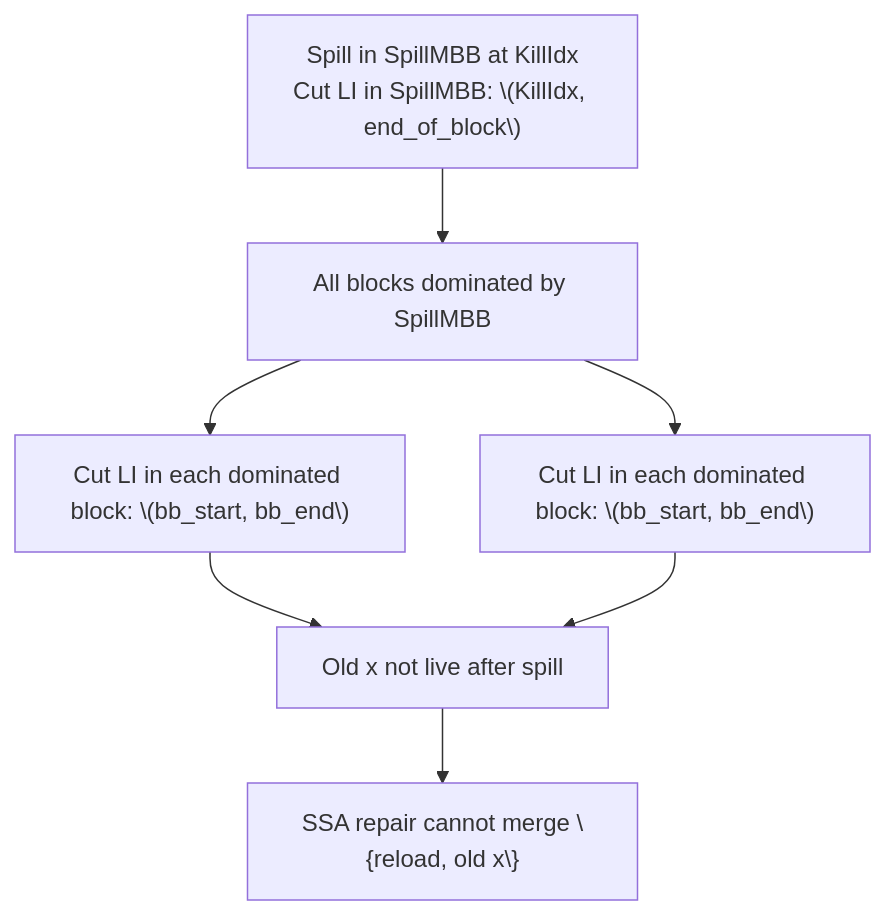
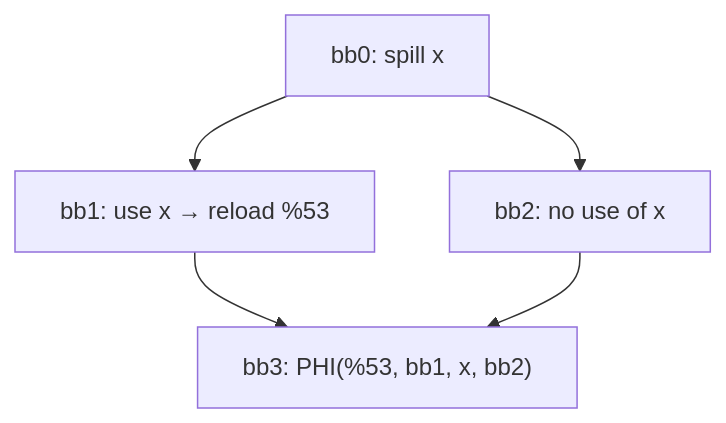
The fifth of 5 diagrams in SSA_Spiller/04-Design/Decisions.md (alex-t/ssa-spiller-docs), drawn with Mermaid before and after one commit. The commit also changed other lines of this file and 3 other files, not shown here.

````diff
--- a/SSA_Spiller/04-Design/Decisions.md
+++ b/SSA_Spiller/04-Design/Decisions.md
@@ -138,9 +166,12 @@
 ```mermaid
-flowchart TD   
-   S["Spill in SpillMBB at KillIdx<br/>Cut LI in SpillMBB: \(KillIdx, end_of_block\)"] --> D1["All blocks dominated by SpillMBB"]
-   D1 --> C1["Cut LI in each dominated block: \(bb_start, bb_end\)"]
-   D1 --> C2["Cut LI in each dominated block: \(bb_start, bb_end\)"]
-   C1 --> OK["Old x not live after spill"]
-   C2 --> OK
-   OK --> SSA["SSA repair cannot merge \{reload, old x\}"]
+flowchart TD
+    S["bb0: spill x"]
+    B1["bb1: use x → reload %53"]
+    B2["bb2: no use of x"]
+    J["bb3: PHI(%53, bb1, x, bb2)"]
+
+    S --> B1
+    S --> B2
+    B1 --> J
+    B2 --> J
 ```
````
